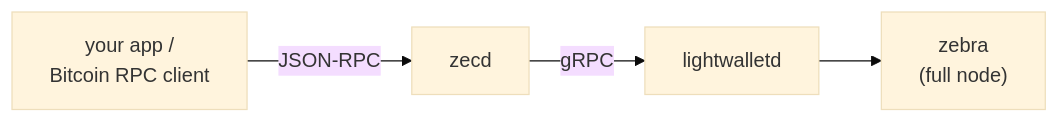
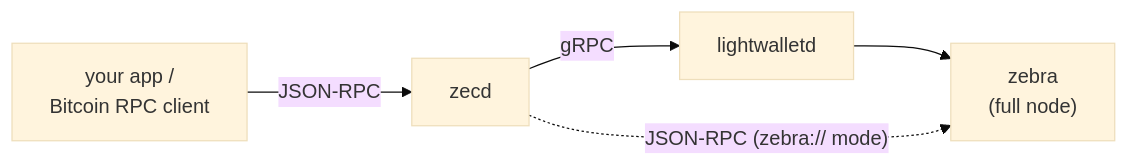
One commit to zecrocks/zecd changed the diagram in README.md. Above: the diagram before and after it, drawn with Mermaid (base theme). The commit also changed other lines of this file and 20 other files, not shown here.

````diff
--- a/README.md
+++ b/README.md
@@ -27,4 +28,6 @@
 ```mermaid
 flowchart LR
-    app["your app /<br>Bitcoin RPC client"] -->|JSON-RPC| zecd -->|gRPC| lwd[lightwalletd] --> zebra["zebra<br>(full node)"]
+    app["your app /<br>Bitcoin RPC client"] -->|JSON-RPC| zecd
+    zecd -->|gRPC| lwd[lightwalletd] --> zebra["zebra<br>(full node)"]
+    zecd -.->|"JSON-RPC (zebra:// mode)"| zebra
 ```
````
